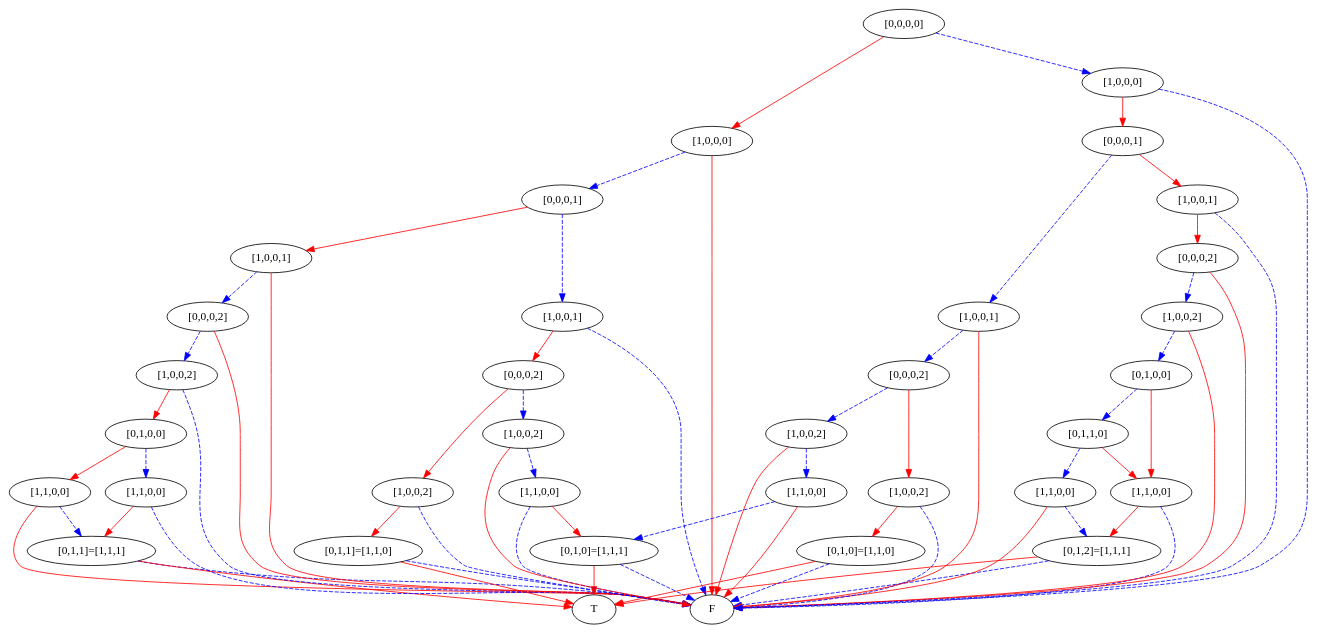
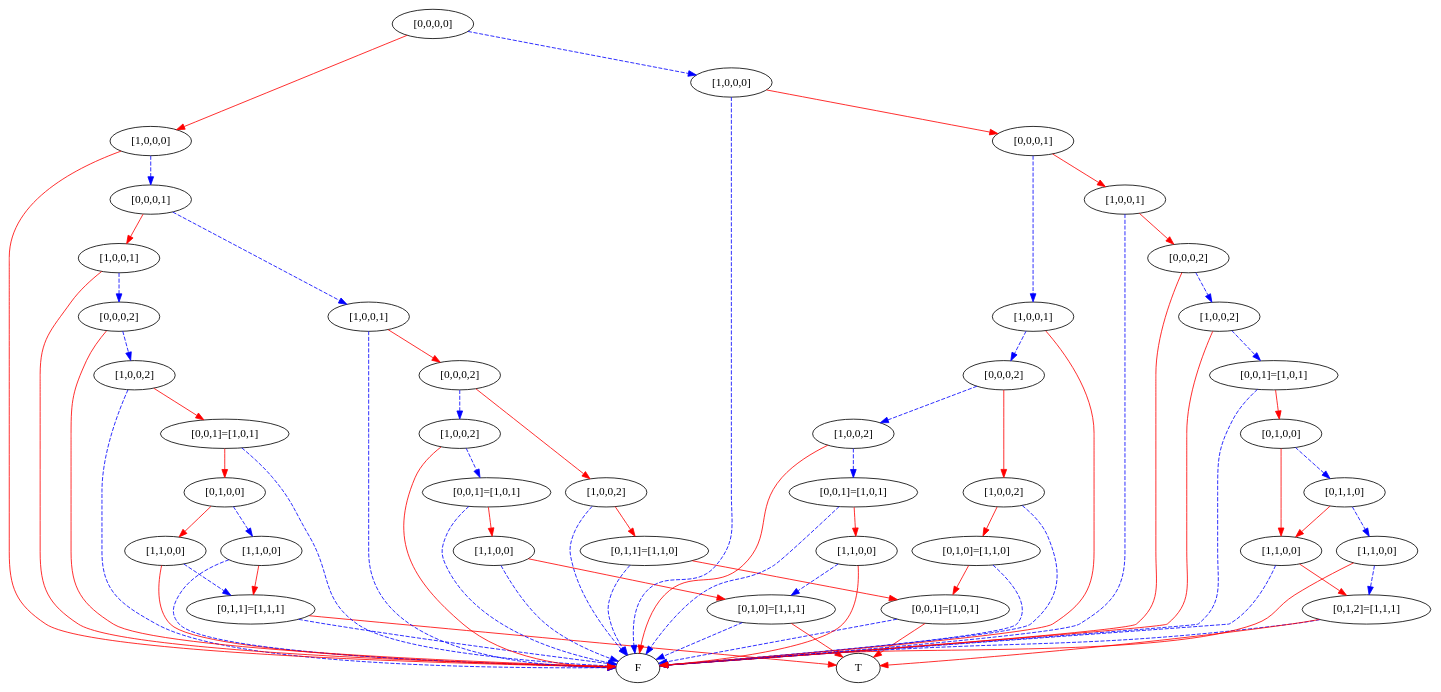
The diagram in simpleProgram1.dot (mburyakov/minxmod), drawn with Graphviz before and after one commit. The commit also changed 4 other files, not shown here.

```diff
--- a/simpleProgram1.dot
+++ b/simpleProgram1.dot
@@ -1,136 +1,156 @@
 digraph {
     1 [label=F];
     2 [label=T];
     3 [label="[0,1,1]=[1,1,1]"];
     4 [label="[1,1,0,0]"];
     5 [label="[1,1,0,0]"];
     6 [label="[0,1,0,0]"];
-    7 [label="[1,0,0,2]"];
-    8 [label="[0,0,0,2]"];
-    9 [label="[1,0,0,1]"];
-    10 [label="[0,1,1]=[1,1,0]"];
-    11 [label="[1,0,0,2]"];
-    12 [label="[0,1,0]=[1,1,1]"];
-    13 [label="[1,1,0,0]"];
-    14 [label="[1,0,0,2]"];
-    15 [label="[0,0,0,2]"];
-    16 [label="[1,0,0,1]"];
-    17 [label="[0,0,0,1]"];
-    18 [label="[1,0,0,0]"];
-    19 [label="[0,1,2]=[1,1,1]"];
-    20 [label="[1,1,0,0]"];
-    21 [label="[1,1,0,0]"];
-    22 [label="[0,1,1,0]"];
-    23 [label="[0,1,0,0]"];
-    24 [label="[1,0,0,2]"];
-    25 [label="[0,0,0,2]"];
-    26 [label="[1,0,0,1]"];
-    27 [label="[0,1,0]=[1,1,0]"];
+    7 [label="[0,0,1]=[1,0,1]"];
+    8 [label="[1,0,0,2]"];
+    9 [label="[0,0,0,2]"];
+    10 [label="[1,0,0,1]"];
+    11 [label="[0,0,1]=[1,0,1]"];
+    12 [label="[0,1,1]=[1,1,0]"];
+    13 [label="[1,0,0,2]"];
+    14 [label="[0,1,0]=[1,1,1]"];
+    15 [label="[1,1,0,0]"];
+    16 [label="[0,0,1]=[1,0,1]"];
+    17 [label="[1,0,0,2]"];
+    18 [label="[0,0,0,2]"];
+    19 [label="[1,0,0,1]"];
+    20 [label="[0,0,0,1]"];
+    21 [label="[1,0,0,0]"];
+    22 [label="[0,1,2]=[1,1,1]"];
+    23 [label="[1,1,0,0]"];
+    24 [label="[1,1,0,0]"];
+    25 [label="[0,1,1,0]"];
+    26 [label="[0,1,0,0]"];
+    27 [label="[0,0,1]=[1,0,1]"];
     28 [label="[1,0,0,2]"];
-    29 [label="[1,1,0,0]"];
-    30 [label="[1,0,0,2]"];
-    31 [label="[0,0,0,2]"];
-    32 [label="[1,0,0,1]"];
-    33 [label="[0,0,0,1]"];
-    34 [label="[1,0,0,0]"];
-    35 [label="[0,0,0,0]"];
+    29 [label="[0,0,0,2]"];
+    30 [label="[1,0,0,1]"];
+    31 [label="[0,1,0]=[1,1,0]"];
+    32 [label="[1,0,0,2]"];
+    33 [label="[1,1,0,0]"];
+    34 [label="[0,0,1]=[1,0,1]"];
+    35 [label="[1,0,0,2]"];
+    36 [label="[0,0,0,2]"];
+    37 [label="[1,0,0,1]"];
+    38 [label="[0,0,0,1]"];
+    39 [label="[1,0,0,0]"];
+    40 [label="[0,0,0,0]"];
     3 -> 1 [style=dashed
            ,color=blue];
     3 -> 2 [color=red];
     4 -> 3 [style=dashed
            ,color=blue];
     4 -> 1 [color=red];
     5 -> 3 [color=red];
     5 -> 1 [style=dashed
            ,color=blue];
     6 -> 4 [color=red];
     6 -> 5 [style=dashed
            ,color=blue];
     7 -> 6 [color=red];
     7 -> 1 [style=dashed
            ,color=blue];
-    8 -> 7 [style=dashed
+    8 -> 7 [color=red];
+    8 -> 1 [style=dashed
            ,color=blue];
-    8 -> 1 [color=red];
     9 -> 8 [style=dashed
            ,color=blue];
     9 -> 1 [color=red];
-    10 -> 1 [style=dashed
+    10 -> 9 [style=dashed
             ,color=blue];
-    10 -> 2 [color=red];
-    11 -> 10 [color=red];
+    10 -> 1 [color=red];
     11 -> 1 [style=dashed
             ,color=blue];
+    11 -> 2 [color=red];
+    12 -> 11 [color=red];
     12 -> 1 [style=dashed
             ,color=blue];
-    12 -> 2 [color=red];
     13 -> 12 [color=red];
     13 -> 1 [style=dashed
             ,color=blue];
-    14 -> 13 [style=dashed
-             ,color=blue];
-    14 -> 1 [color=red];
-    15 -> 11 [color=red];
-    15 -> 14 [style=dashed
-             ,color=blue];
+    14 -> 1 [style=dashed
+            ,color=blue];
+    14 -> 2 [color=red];
+    15 -> 14 [color=red];
+    15 -> 1 [style=dashed
+            ,color=blue];
     16 -> 15 [color=red];
     16 -> 1 [style=dashed
             ,color=blue];
-    17 -> 9 [color=red];
     17 -> 16 [style=dashed
              ,color=blue];
+    17 -> 1 [color=red];
+    18 -> 13 [color=red];
     18 -> 17 [style=dashed
              ,color=blue];
-    18 -> 1 [color=red];
+    19 -> 18 [color=red];
     19 -> 1 [style=dashed
             ,color=blue];
-    19 -> 2 [color=red];
-    20 -> 19 [color=red];
-    20 -> 1 [style=dashed
-            ,color=blue];
-    21 -> 19 [style=dashed
+    20 -> 10 [color=red];
+    20 -> 19 [style=dashed
+             ,color=blue];
+    21 -> 20 [style=dashed
              ,color=blue];
     21 -> 1 [color=red];
-    22 -> 20 [color=red];
-    22 -> 21 [style=dashed
-             ,color=blue];
-    23 -> 20 [color=red];
-    23 -> 22 [style=dashed
-             ,color=blue];
-    24 -> 23 [style=dashed
+    22 -> 1 [style=dashed
+            ,color=blue];
+    22 -> 2 [color=red];
+    23 -> 22 [color=red];
+    23 -> 1 [style=dashed
+            ,color=blue];
+    24 -> 22 [style=dashed
              ,color=blue];
     24 -> 1 [color=red];
+    25 -> 23 [color=red];
     25 -> 24 [style=dashed
              ,color=blue];
-    25 -> 1 [color=red];
-    26 -> 25 [color=red];
-    26 -> 1 [style=dashed
-            ,color=blue];
+    26 -> 23 [color=red];
+    26 -> 25 [style=dashed
+             ,color=blue];
+    27 -> 26 [color=red];
     27 -> 1 [style=dashed
             ,color=blue];
-    27 -> 2 [color=red];
-    28 -> 27 [color=red];
-    28 -> 1 [style=dashed
-            ,color=blue];
-    29 -> 12 [style=dashed
+    28 -> 27 [style=dashed
+             ,color=blue];
+    28 -> 1 [color=red];
+    29 -> 28 [style=dashed
              ,color=blue];
     29 -> 1 [color=red];
-    30 -> 29 [style=dashed
+    30 -> 29 [color=red];
+    30 -> 1 [style=dashed
+            ,color=blue];
+    31 -> 11 [color=red];
+    31 -> 1 [style=dashed
+            ,color=blue];
+    32 -> 31 [color=red];
+    32 -> 1 [style=dashed
+            ,color=blue];
+    33 -> 14 [style=dashed
              ,color=blue];
-    30 -> 1 [color=red];
-    31 -> 28 [color=red];
-    31 -> 30 [style=dashed
-             ,color=blue];
-    32 -> 31 [style=dashed
-             ,color=blue];
-    32 -> 1 [color=red];
-    33 -> 26 [color=red];
-    33 -> 32 [style=dashed
-             ,color=blue];
+    33 -> 1 [color=red];
     34 -> 33 [color=red];
     34 -> 1 [style=dashed
             ,color=blue];
-    35 -> 18 [color=red];
     35 -> 34 [style=dashed
              ,color=blue];
+    35 -> 1 [color=red];
+    36 -> 32 [color=red];
+    36 -> 35 [style=dashed
+             ,color=blue];
+    37 -> 36 [style=dashed
+             ,color=blue];
+    37 -> 1 [color=red];
+    38 -> 30 [color=red];
+    38 -> 37 [style=dashed
+             ,color=blue];
+    39 -> 38 [color=red];
+    39 -> 1 [style=dashed
+            ,color=blue];
+    40 -> 21 [color=red];
+    40 -> 39 [style=dashed
+             ,color=blue];
 }
```
